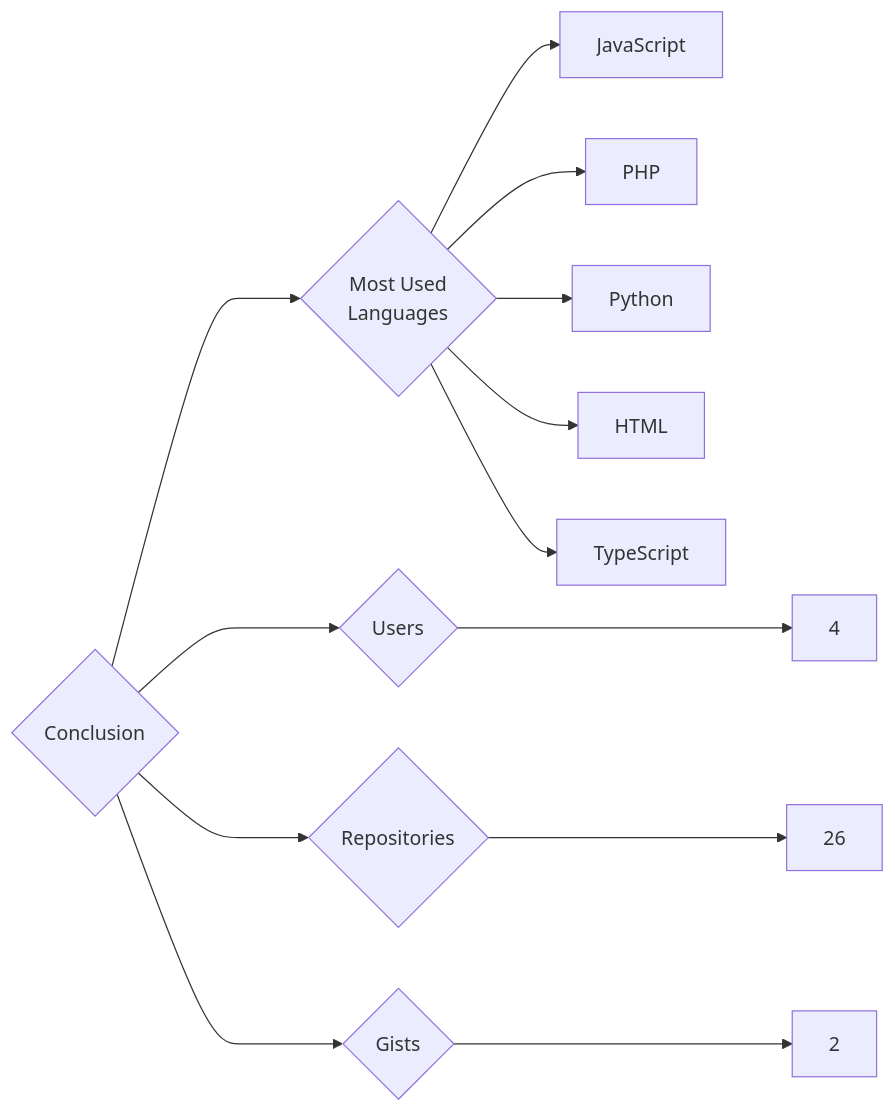
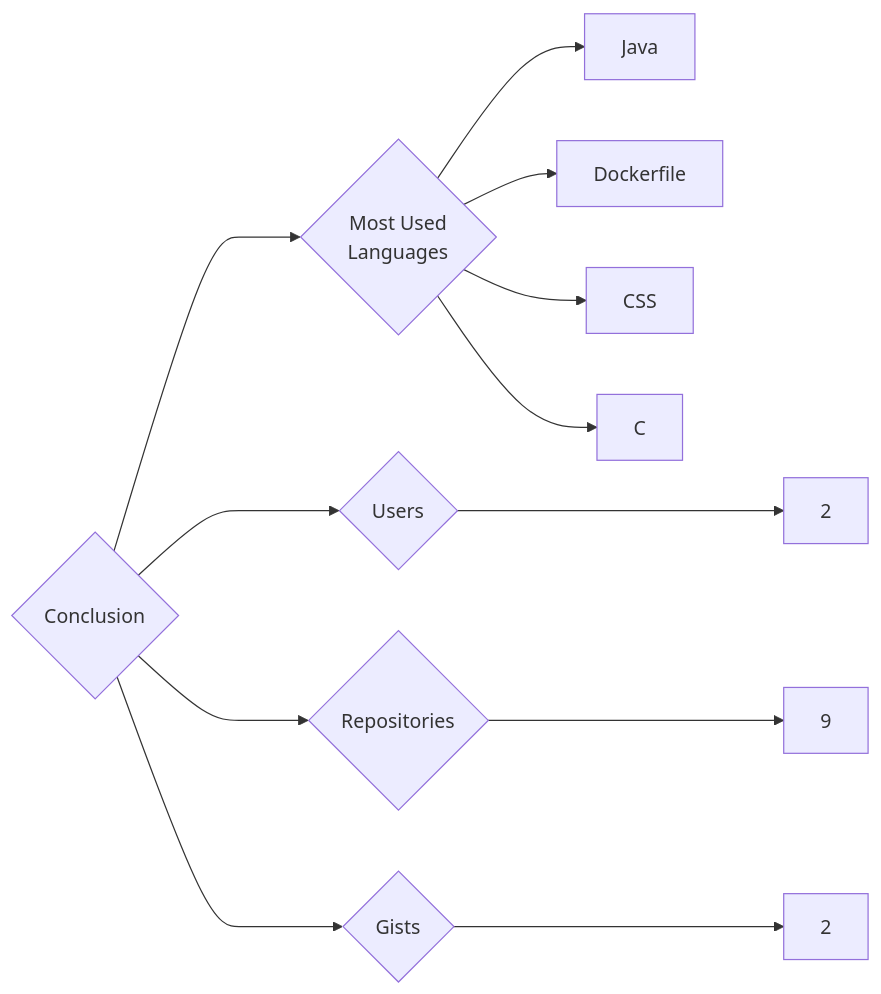
The diagram in targets/Conclusion/README.md (trickest/insiders), drawn with Mermaid before and after one commit. The commit also changed 1036 other files, not shown here.

````diff
--- a/targets/Conclusion/README.md
+++ b/targets/Conclusion/README.md
@@ -3,13 +3,12 @@
 ```mermaid
 graph LR
 COMPANY_NAME{Conclusion}
-COMPANY_NAME ---> U{Users} ---> UN[4]
-COMPANY_NAME ---> R{Repositories} ---> RN[26]
+COMPANY_NAME ---> U{Users} ---> UN[2]
+COMPANY_NAME ---> R{Repositories} ---> RN[9]
 COMPANY_NAME ---> G{Gists} ---> GN[2]
 COMPANY_NAME ---> ML{Most Used<br>Languages}
-ML --> JavaScript[JavaScript]
-ML --> PHP[PHP]
-ML --> Python[Python]
-ML --> HTML[HTML]
-ML --> TypeScript[TypeScript]
+ML --> Java[Java]
+ML --> Dockerfile[Dockerfile]
+ML --> CSS[CSS]
+ML --> C[C]
 ```
````
